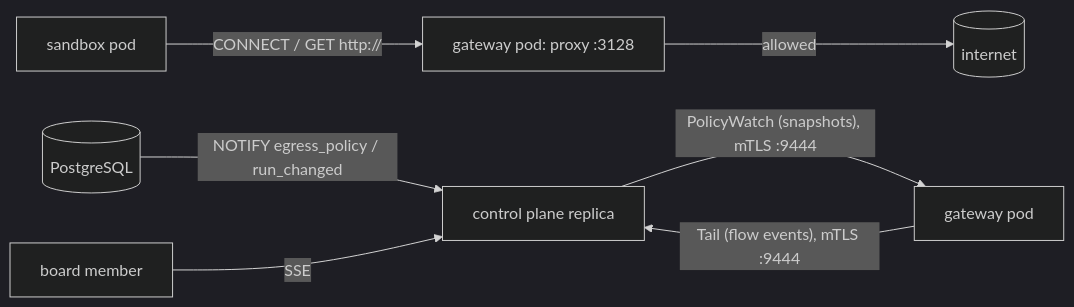
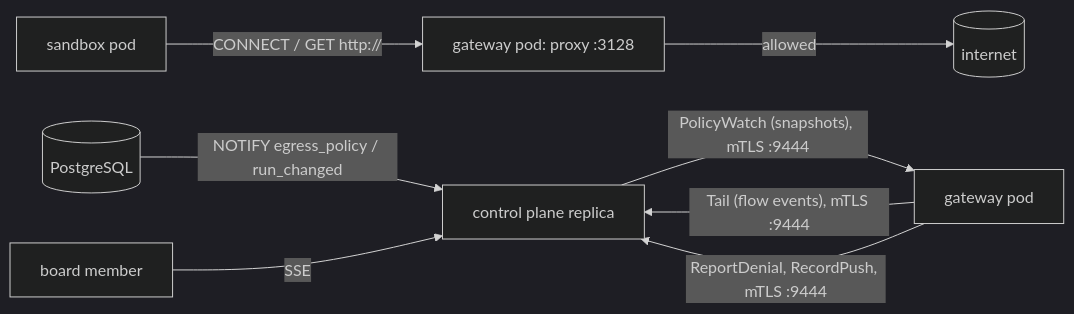
The first of 2 diagrams in crates/df-gateway/README.md (prskr/dark-factory), drawn with Mermaid (dark theme) before and after one commit. The commit also changed other lines of this file and 89 other files, not shown here.

````diff
--- a/crates/df-gateway/README.md
+++ b/crates/df-gateway/README.md
@@ -7,9 +7,10 @@
 ```mermaid
 flowchart LR
     S[sandbox pod] -- "CONNECT / GET http://" --> P[gateway pod: proxy :3128]
     P -- allowed --> I[(internet)]
     CP[control plane replica] -- "PolicyWatch (snapshots), mTLS :9444" --> G[gateway pod]
     G -- "Tail (flow events), mTLS :9444" --> CP
+    G -- "ReportDenial, RecordPush, mTLS :9444" --> CP
     DB[(PostgreSQL)] -- "NOTIFY egress_policy / run_changed" --> CP
     UI[board member] -- SSE --> CP
 ```
````
